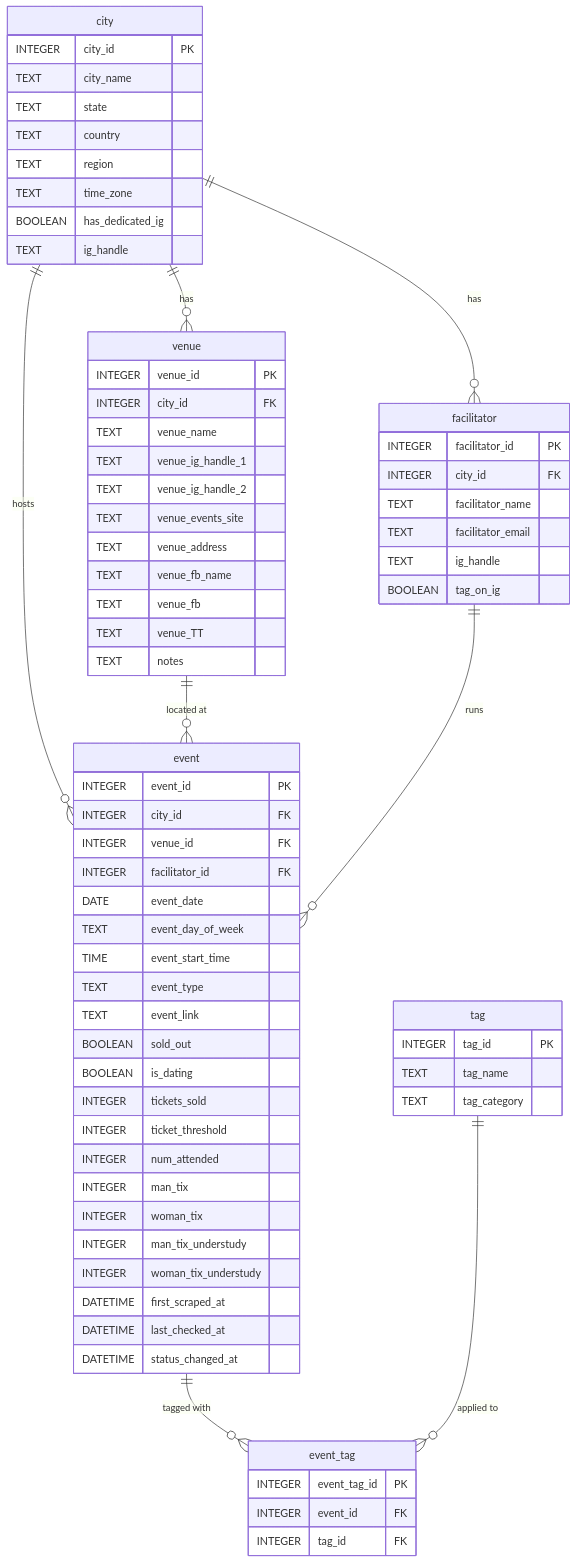
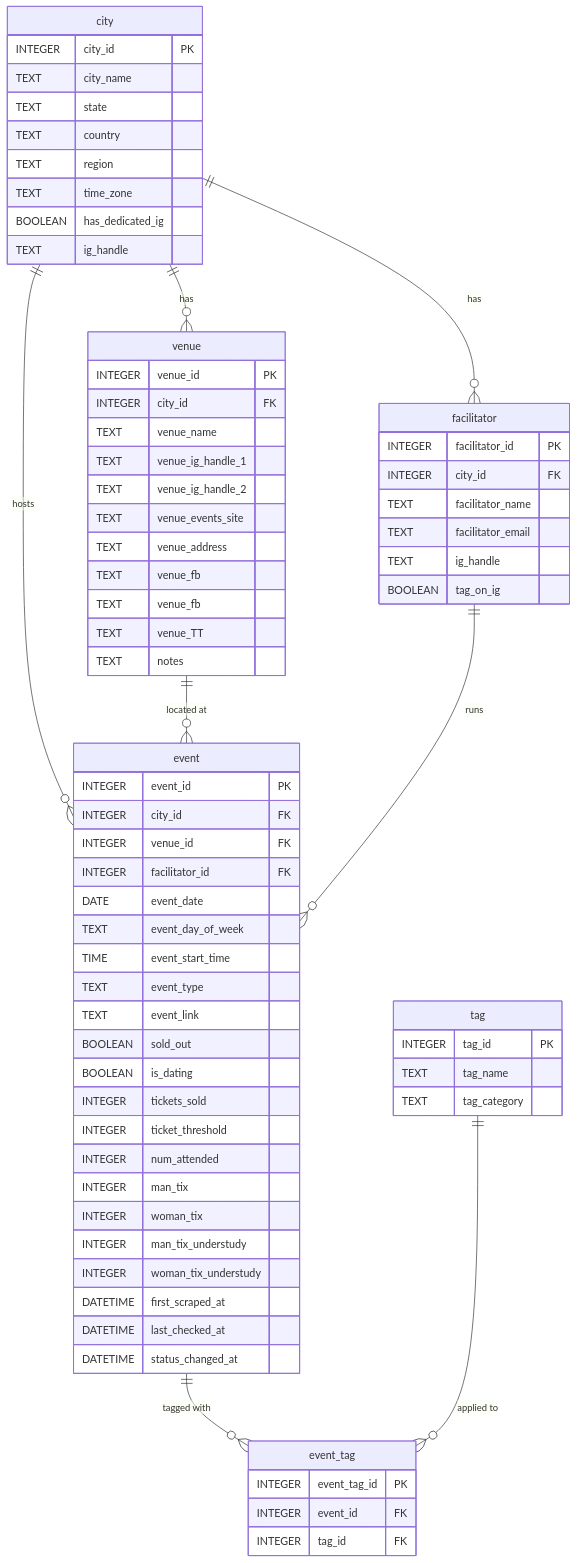
Before and after one commit to ellen-dege/stst_dev: the diagram in STST_DBv2_ER_diagram.mermaid, drawn with Mermaid. The commit also changed 6 other files, not shown here.

Commit message:
updated venue_events_site and venue_fb_name DB names across files and documentation

```diff
--- a/STST_DBv2_ER_diagram.mermaid
+++ b/STST_DBv2_ER_diagram.mermaid
@@ -1,78 +1,78 @@
 erDiagram
     city {
         INTEGER city_id PK
         TEXT city_name
         TEXT state
         TEXT country
         TEXT region
         TEXT time_zone
         BOOLEAN has_dedicated_ig
         TEXT ig_handle
     }
 
     facilitator {
         INTEGER facilitator_id PK
         INTEGER city_id FK
         TEXT facilitator_name
         TEXT facilitator_email
         TEXT ig_handle
         BOOLEAN tag_on_ig
     }
 
     venue {
         INTEGER venue_id PK
         INTEGER city_id FK
         TEXT venue_name
         TEXT venue_ig_handle_1
         TEXT venue_ig_handle_2
         TEXT venue_events_site
         TEXT venue_address
-        TEXT venue_fb_name
+        TEXT venue_fb
         TEXT venue_fb
         TEXT venue_TT
         TEXT notes
     }
 
     event {
         INTEGER event_id PK
         INTEGER city_id FK
         INTEGER venue_id FK
         INTEGER facilitator_id FK
         DATE event_date
         TEXT event_day_of_week
         TIME event_start_time
         TEXT event_type
         TEXT event_link
         BOOLEAN sold_out
         BOOLEAN is_dating
         INTEGER tickets_sold
         INTEGER ticket_threshold
         INTEGER num_attended
         INTEGER man_tix
         INTEGER woman_tix
         INTEGER man_tix_understudy
         INTEGER woman_tix_understudy
         DATETIME first_scraped_at
         DATETIME last_checked_at
         DATETIME status_changed_at
     }
 
     tag {
         INTEGER tag_id PK
         TEXT tag_name
         TEXT tag_category
     }
 
     event_tag {
         INTEGER event_tag_id PK
         INTEGER event_id FK
         INTEGER tag_id FK
     }
 
     city ||--o{ facilitator : "has"
     city ||--o{ venue : "has"
     city ||--o{ event : "hosts"
     venue ||--o{ event : "located at"
     facilitator ||--o{ event : "runs"
     event ||--o{ event_tag : "tagged with"
     tag ||--o{ event_tag : "applied to"
```
